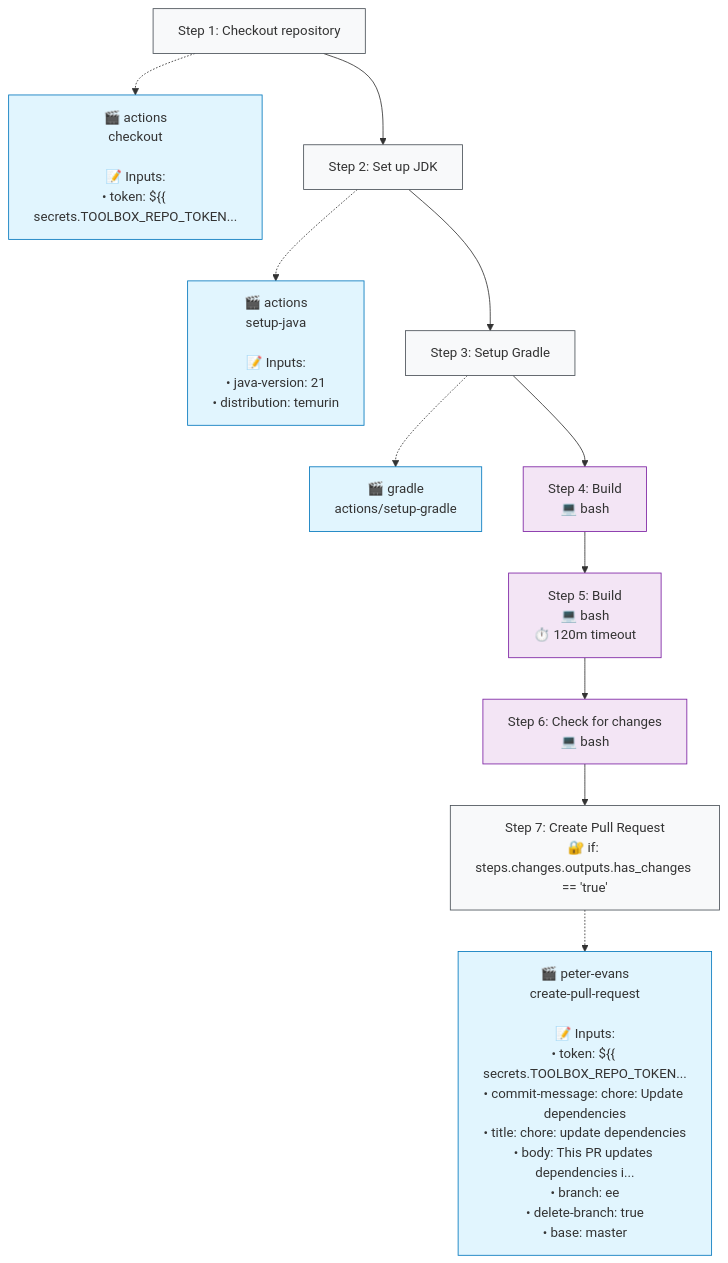
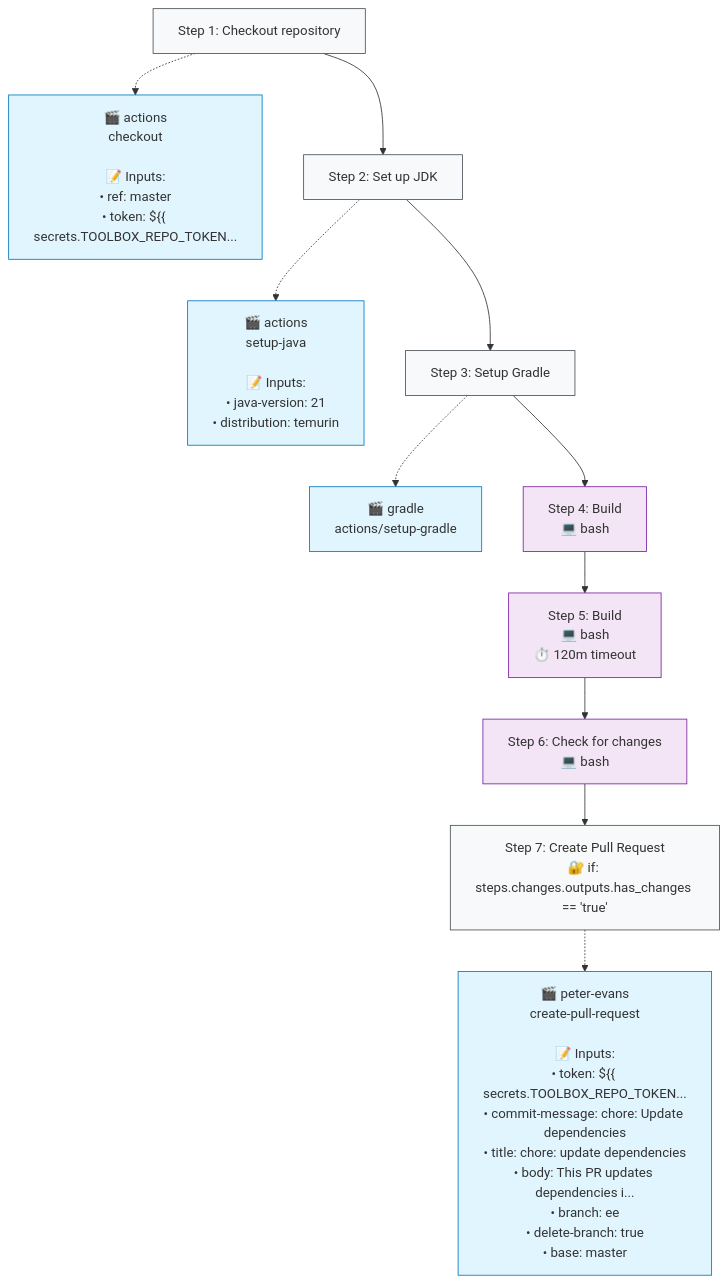
One commit to http4k/http4k changed the second of 2 diagrams in .github/typeflows/update-dependencies/README.md. Above: the diagram before and after it, drawn with Mermaid. The commit also changed 2 other files, not shown here.

Commit message:
Update dependencies and tweak workflows for master branch compatibility

````diff
--- a/.github/typeflows/update-dependencies/README.md
+++ b/.github/typeflows/update-dependencies/README.md
@@ -24,36 +24,36 @@
 ```mermaid
 %%{init: {"flowchart": {"curve": "basis"}}}%%
 flowchart TD
     step1["Step 1: Checkout repository"]
     style step1 fill:#f8f9fa,stroke:#495057
-    action1["🎬 actions<br/>checkout<br/><br/>📝 Inputs:<br/>• token: ${{ secrets.TOOLBOX_REPO_TOKEN..."]
+    action1["🎬 actions<br/>checkout<br/><br/>📝 Inputs:<br/>• ref: master<br/>• token: ${{ secrets.TOOLBOX_REPO_TOKEN..."]
     style action1 fill:#e1f5fe,stroke:#0277bd
     step1 -.-> action1
     step2["Step 2: Set up JDK"]
     style step2 fill:#f8f9fa,stroke:#495057
     action2["🎬 actions<br/>setup-java<br/><br/>📝 Inputs:<br/>• java-version: 21<br/>• distribution: temurin"]
     style action2 fill:#e1f5fe,stroke:#0277bd
     step2 -.-> action2
     step1 --> step2
     step3["Step 3: Setup Gradle"]
     style step3 fill:#f8f9fa,stroke:#495057
     action3["🎬 gradle<br/>actions/setup-gradle"]
     style action3 fill:#e1f5fe,stroke:#0277bd
     step3 -.-> action3
     step2 --> step3
     step4["Step 4: Build<br/>💻 bash"]
     style step4 fill:#f3e5f5,stroke:#7b1fa2
     step3 --> step4
     step5["Step 5: Build<br/>💻 bash<br/>⏱️ 120m timeout"]
     style step5 fill:#f3e5f5,stroke:#7b1fa2
     step4 --> step5
     step6["Step 6: Check for changes<br/>💻 bash"]
     style step6 fill:#f3e5f5,stroke:#7b1fa2
     step5 --> step6
     step7["Step 7: Create Pull Request<br/>🔐 if: steps.changes.outputs.has_changes == 'true'"]
     style step7 fill:#f8f9fa,stroke:#495057
     action7["🎬 peter-evans<br/>create-pull-request<br/><br/>📝 Inputs:<br/>• token: ${{ secrets.TOOLBOX_REPO_TOKEN...<br/>• commit-message: chore: Update dependencies<br/>• title: chore: update dependencies<br/>• body: This PR updates dependencies i...<br/>• branch: ee<br/>• delete-branch: true<br/>• base: master"]
     style action7 fill:#e1f5fe,stroke:#0277bd
     step7 -.-> action7
     step6 --> step7
 ```
````
